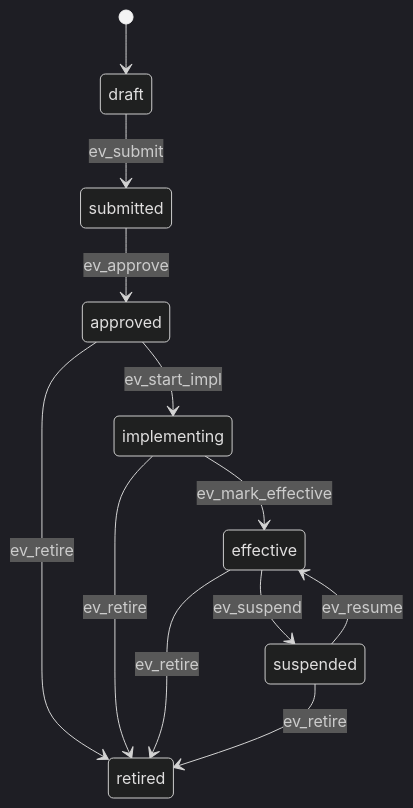
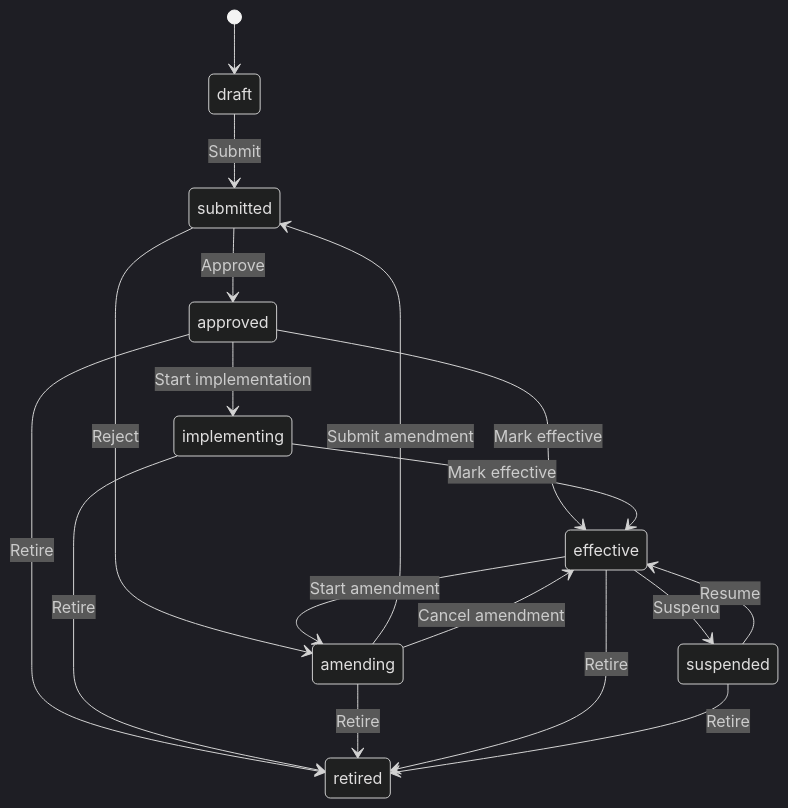
Before and after one commit to rudnerbjoern/iTop-br-isms: the third of 3 diagrams in README.md, drawn with Mermaid (dark theme). The commit also changed other lines of this file, not shown here.

````diff
--- a/README.md
+++ b/README.md
@@ -139,17 +209,20 @@
 ```mermaid
 stateDiagram-v2
   [*] --> draft
-
-  draft --> submitted: ev_submit
-  submitted --> approved: ev_approve
-  approved --> implementing: ev_start_impl
-  implementing --> effective: ev_mark_effective
-
-  effective --> suspended: ev_suspend
-  suspended --> effective: ev_resume
-
-  approved --> retired: ev_retire
-  implementing --> retired: ev_retire
-  effective --> retired: ev_retire
-  suspended --> retired: ev_retire
+  draft --> submitted: Submit
+  submitted --> approved: Approve
+  submitted --> amending: Reject
+  approved --> implementing: Start implementation
+  approved --> effective: Mark effective
+  approved --> retired: Retire
+  implementing --> effective: Mark effective
+  implementing --> retired: Retire
+  amending --> submitted: Submit amendment
+  amending --> effective: Cancel amendment
+  amending --> retired: Retire
+  effective --> amending: Start amendment
+  effective --> suspended: Suspend
+  effective --> retired: Retire
+  suspended --> effective: Resume
+  suspended --> retired: Retire
 ```
````
